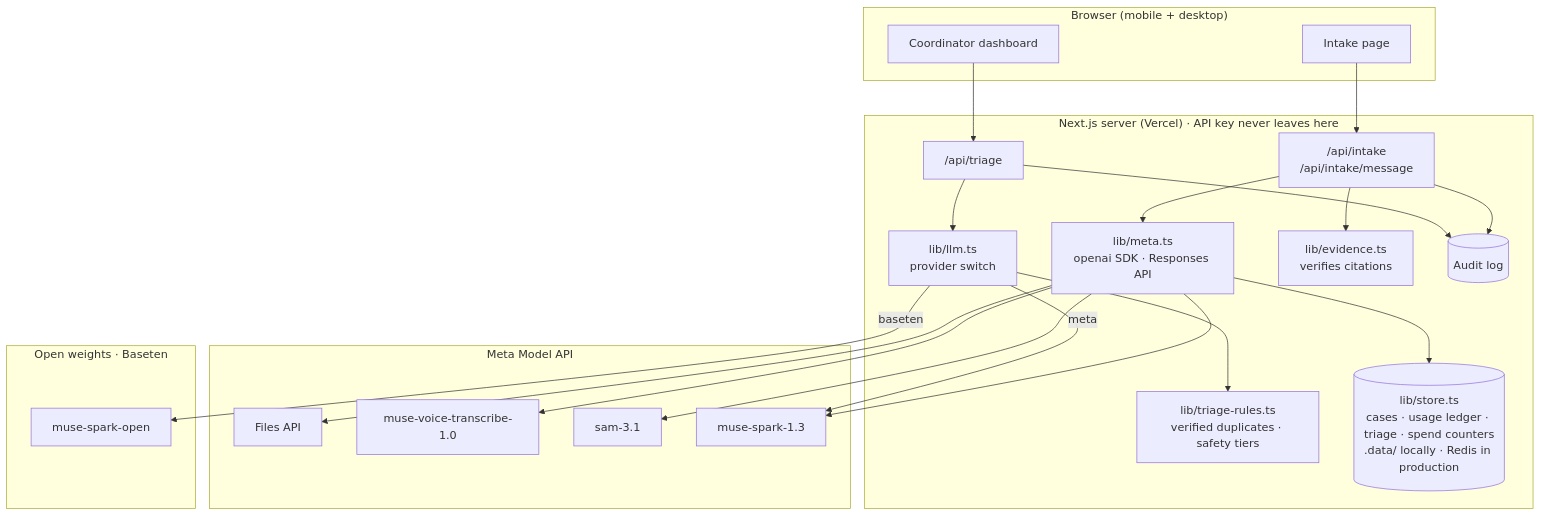
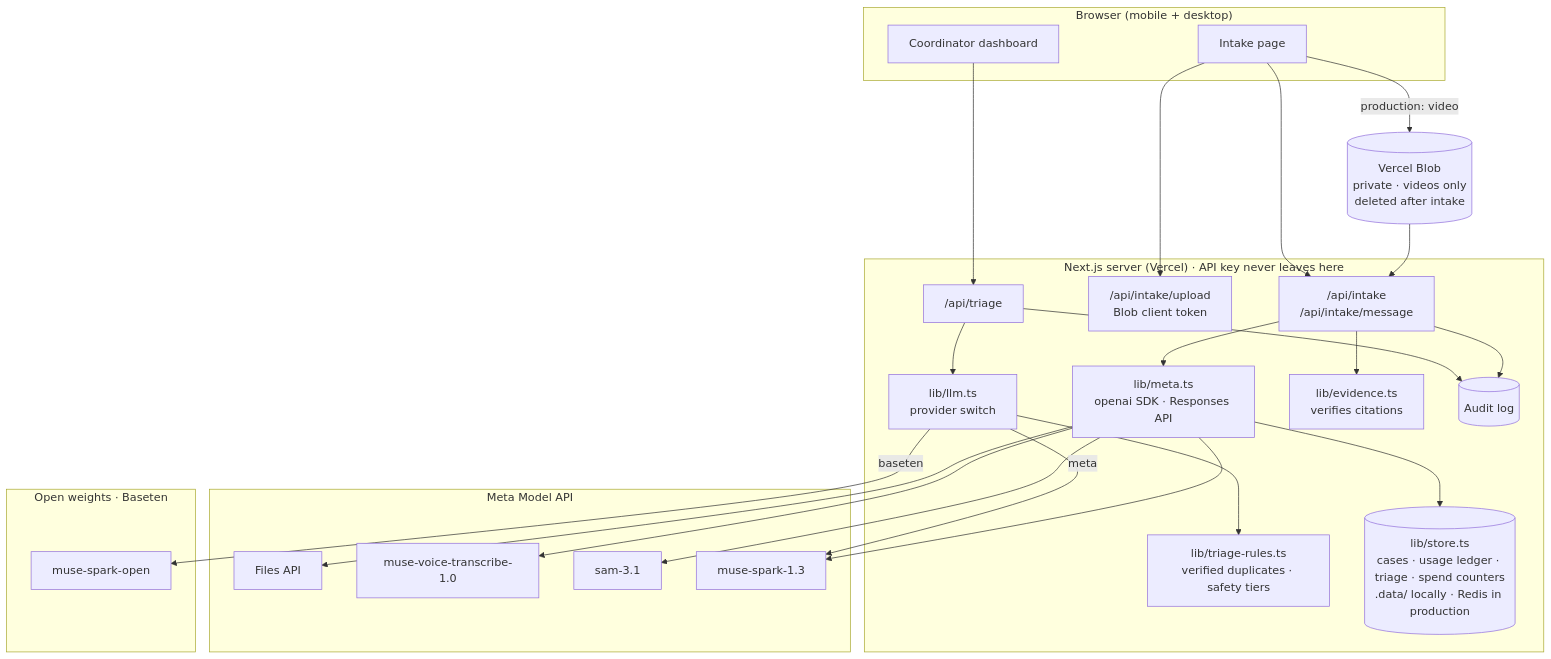
Before and after one commit to SapSaeta/relief-net: the fifth of 6 diagrams in README.md, drawn with Mermaid. The commit also changed other lines of this file and 8 other files, not shown here.

First line of the commit message:
feat: private Vercel Blob uploads for intake videos in production

````diff
--- a/README.md
+++ b/README.md
@@ -179,36 +179,40 @@
 ```mermaid
 flowchart TB
     subgraph Client["Browser (mobile + desktop)"]
         UI1[Intake page]
         UI2[Coordinator dashboard]
     end
     subgraph Server["Next.js server (Vercel) · API key never leaves here"]
         R1["/api/intake<br/>/api/intake/message"]
+        R0["/api/intake/upload<br/>Blob client token"]
         R2["/api/triage"]
         LIB["lib/meta.ts<br/>openai SDK · Responses API"]
         LLM["lib/llm.ts<br/>provider switch"]
         RULES["lib/triage-rules.ts<br/>verified duplicates · safety tiers"]
         VER["lib/evidence.ts<br/>verifies citations"]
         LED[("lib/store.ts<br/>cases · usage ledger · triage · spend counters<br/>.data/ locally · Redis in production")]
         LOG[(Audit log)]
     end
     subgraph Meta["Meta Model API"]
         M1[Files API]
         M2[muse-voice-transcribe-1.0]
         M3[sam-3.1]
         M4[muse-spark-1.3]
     end
     subgraph Open["Open weights · Baseten"]
         O1[muse-spark-open]
     end
+    UI1 -->|production: video| BLOB[("Vercel Blob<br/>private · videos only<br/>deleted after intake")]
+    UI1 --> R0
+    BLOB --> R1
     UI1 --> R1
     UI2 --> R2
     R1 --> LIB
     R2 --> LLM --> RULES
     LIB --> M1 & M2 & M3 & M4
     LLM -->|meta| M4
     LLM -->|baseten| O1
     R1 --> VER
     LIB --> LED
     R1 & R2 --> LOG
 ```
````
